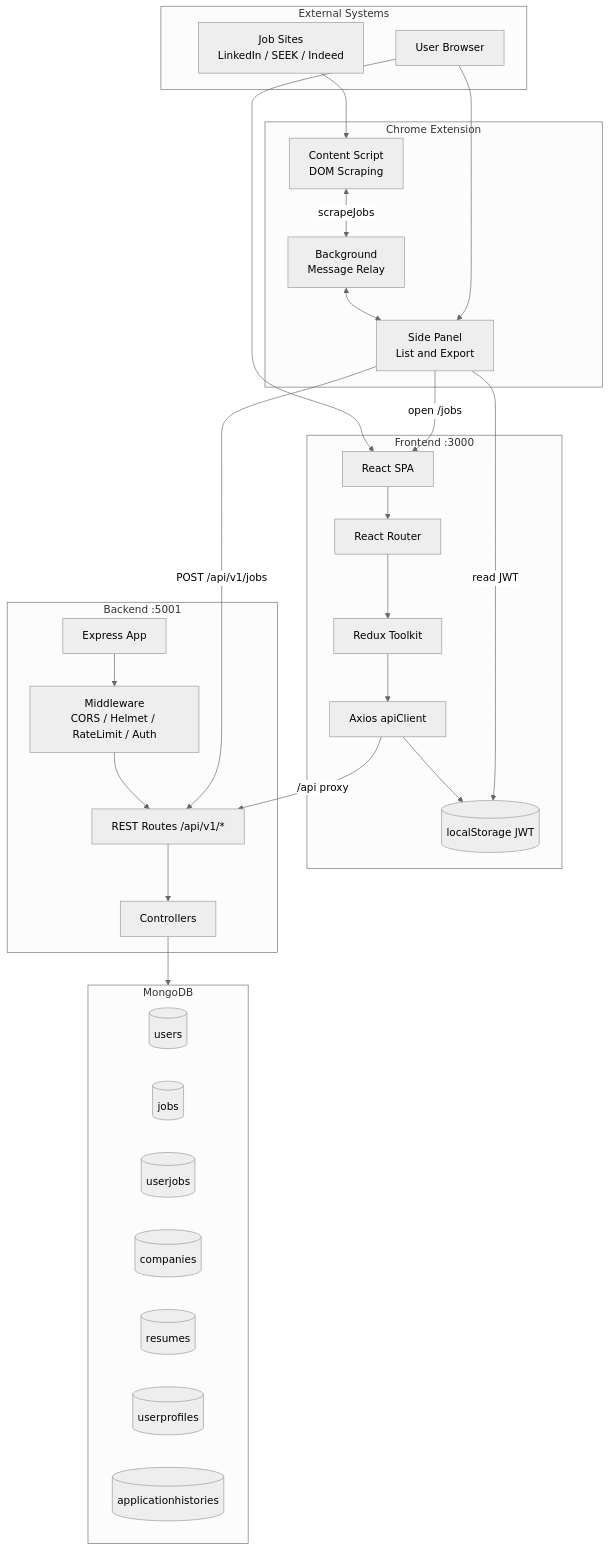
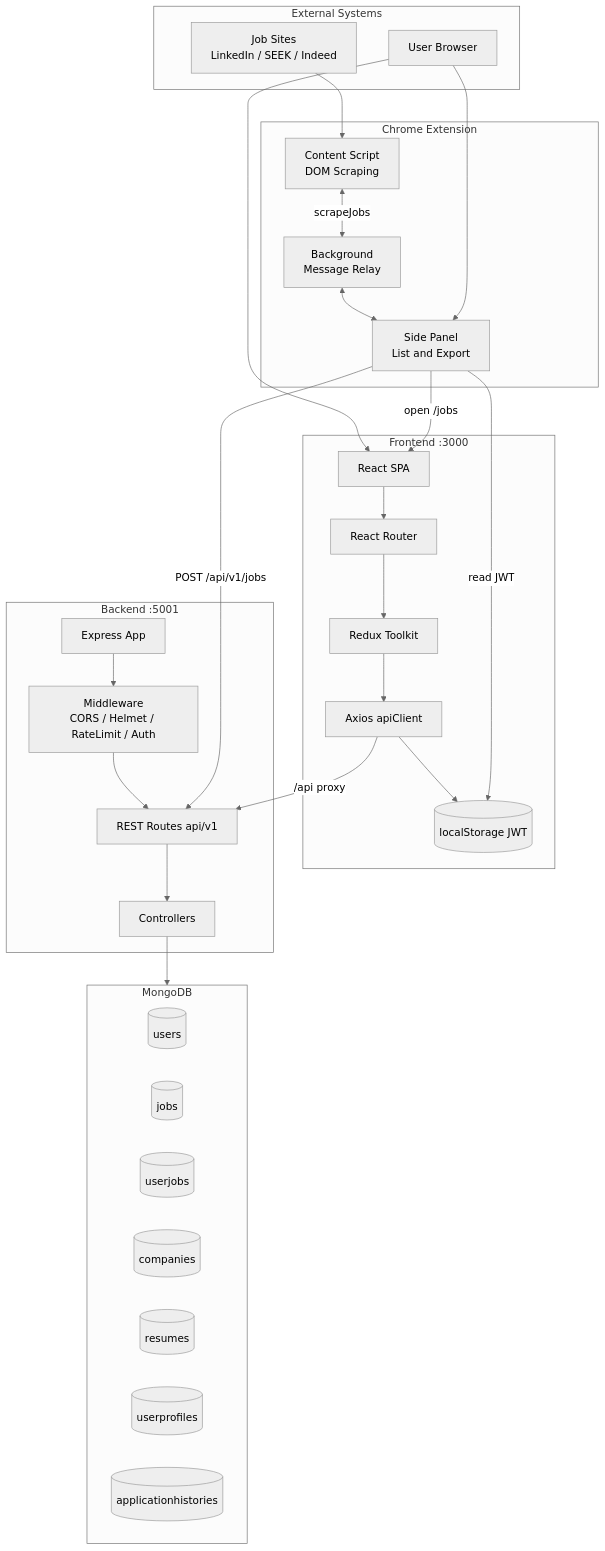
Before and after one commit to MagicDogGuo/Job-Trip: the first of 6 diagrams in docs/architecture.md, drawn with Mermaid (neutral theme). The commit also changed other lines of this file and 1 other file, not shown here.

Commit message:
Refine architecture documentation for clarity and consistency

````diff
--- a/docs/architecture.md
+++ b/docs/architecture.md
@@ -20,52 +20,52 @@
 ```mermaid
 flowchart TB
     subgraph External[External Systems]
         SITES[Job Sites<br/>LinkedIn / SEEK / Indeed]
         USER[User Browser]
     end
 
     subgraph EXT[Chrome Extension]
         CS[Content Script<br/>DOM Scraping]
         BG[Background<br/>Message Relay]
         PANEL[Side Panel<br/>List and Export]
         CS <-->|scrapeJobs| BG
         BG <--> PANEL
     end
 
     subgraph FE[Frontend :3000]
         SPA[React SPA]
         ROUTER[React Router]
         REDUX[Redux Toolkit]
         AXIOS[Axios apiClient]
         TOKEN[(localStorage JWT)]
         SPA --> ROUTER --> REDUX --> AXIOS
         AXIOS --> TOKEN
     end
 
     subgraph BE[Backend :5001]
         EXPRESS[Express App]
         MW[Middleware<br/>CORS / Helmet / RateLimit / Auth]
-        ROUTES[REST Routes /api/v1/*]
+        ROUTES["REST Routes api/v1"]
         CTRL[Controllers]
         EXPRESS --> MW --> ROUTES --> CTRL
     end
 
     subgraph DB[MongoDB]
         USERS[(users)]
         JOBS[(jobs)]
         UJ[(userjobs)]
         COMP[(companies)]
         RES[(resumes)]
         PROF[(userprofiles)]
         HIST[(applicationhistories)]
     end
 
     SITES --> CS
     USER --> SPA
     USER --> PANEL
     PANEL -->|read JWT| TOKEN
     PANEL -->|POST /api/v1/jobs| ROUTES
     PANEL -->|open /jobs| SPA
     AXIOS -->|/api proxy| ROUTES
     CTRL --> DB
 ```
````
